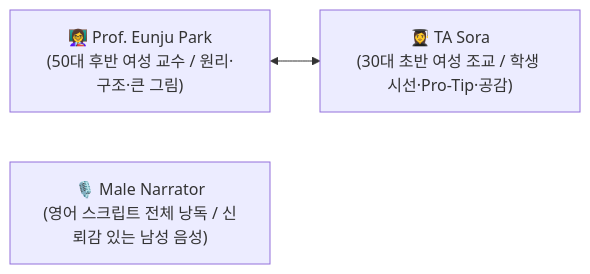
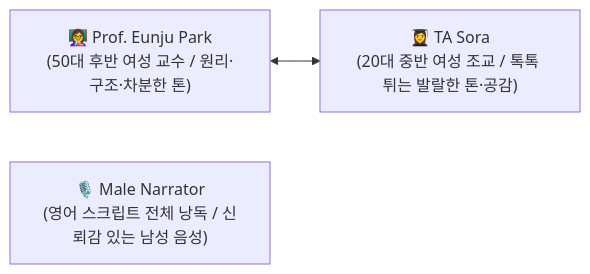
One commit to marylatte11-svg/montana-lecture-app changed the third of 5 diagrams in Montana_State_Univ/design_montana.md. Above: the diagram before and after it, drawn with Mermaid. The commit also changed other lines of this file and 1 other file, not shown here.

Commit message:
feat: tune TA Sora voice to bubbly, upbeat mid-20s tone (pitch 1.38, rate 1.05) to contrast with 50s professor

````diff
--- a/Montana_State_Univ/design_montana.md
+++ b/Montana_State_Univ/design_montana.md
@@ -64,5 +64,5 @@
 ```mermaid
 graph LR
-    P["👩‍🏫 Prof. Eunju Park<br/>(50대 후반 여성 교수 / 원리·구조·큰 그림)"] <--> S["👩‍🎓 TA Sora<br/>(30대 초반 여성 조교 / 학생 시선·Pro-Tip·공감)"]
+    P["👩‍🏫 Prof. Eunju Park<br/>(50대 후반 여성 교수 / 원리·구조·차분한 톤)"] <--> S["👩‍🎓 TA Sora<br/>(20대 중반 여성 조교 / 톡톡 튀는 발랄한 톤·공감)"]
     N["🎙️ Male Narrator<br/>(영어 스크립트 전체 낭독 / 신뢰감 있는 남성 음성)"]
 ```
````
